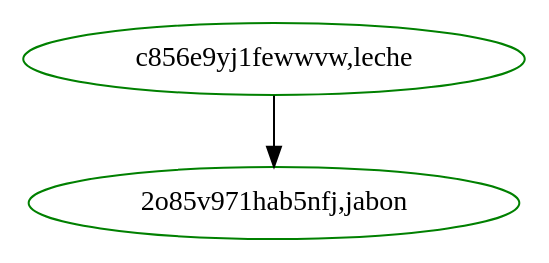
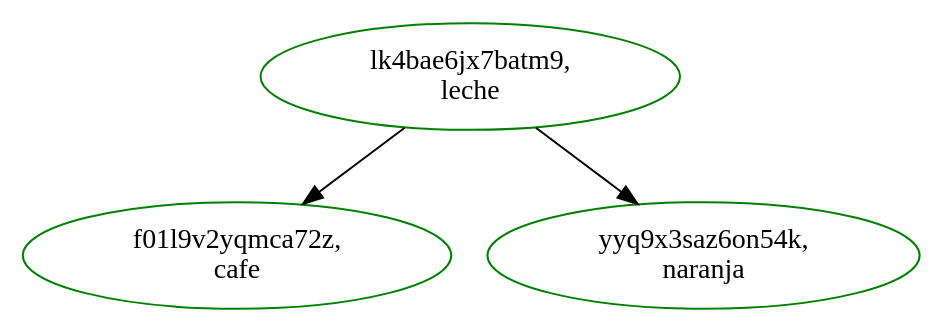
One commit to Stevensis/EDD20VJ_Proyecto1 changed the diagram in PruebaArbol.dot. Above: the diagram before and after it, drawn with Graphviz. The commit also changed 17 other files, not shown here.

```diff
--- a/PruebaArbol.dot
+++ b/PruebaArbol.dot
@@ -1,6 +1,8 @@
 digraph Sparce_Matrix { 
 node [height=0.5, width=1.2];
-"2o85v971hab5nfj" [label=" 2o85v971hab5nfj,jabon",color=green] 
-"c856e9yj1fewwvw" [label=" c856e9yj1fewwvw,leche",color=green] 
-"c856e9yj1fewwvw" -> "2o85v971hab5nfj" 
+"f01l9v2yqmca72z" [label=" f01l9v2yqmca72z,\ncafe",color=green] 
+"lk4bae6jx7batm9" [label=" lk4bae6jx7batm9,\nleche",color=green] 
+"lk4bae6jx7batm9" -> "yyq9x3saz6on54k" 
+"lk4bae6jx7batm9" -> "f01l9v2yqmca72z" 
+"yyq9x3saz6on54k" [label=" yyq9x3saz6on54k,\nnaranja",color=green] 
 }
```
